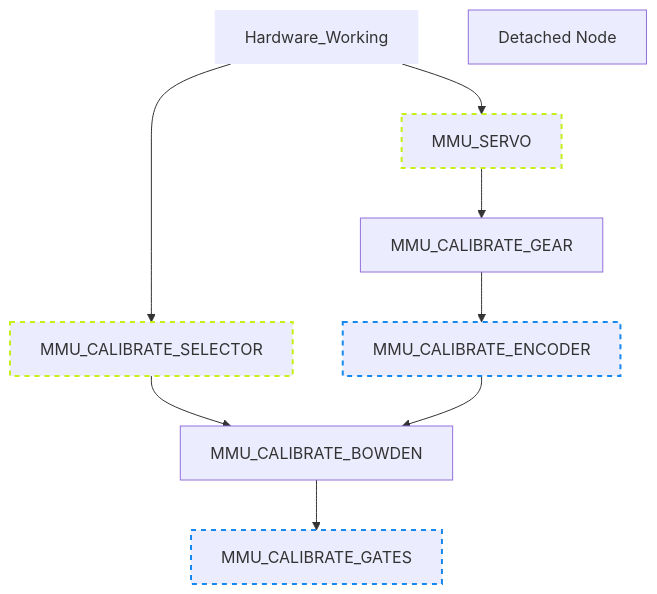
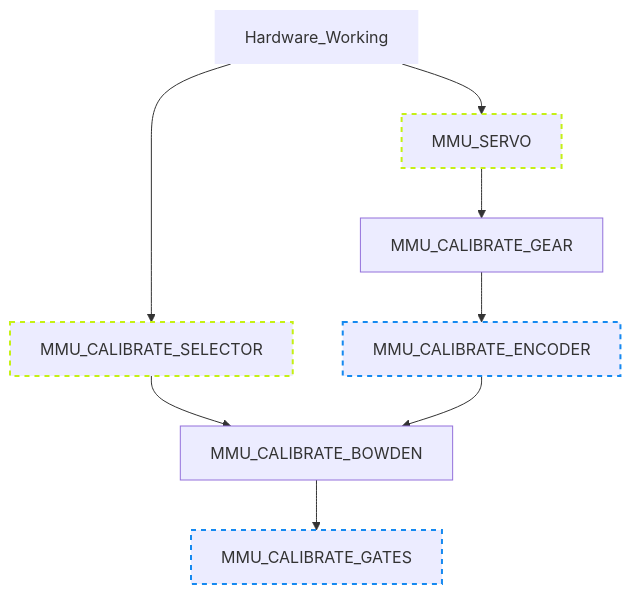
Before and after one commit to 3DCoded/Happy-Hare: the first of 2 diagrams in MMU-Calibration.md, drawn with Mermaid. The commit also changed other lines of this file, not shown here.

````diff
--- a/MMU-Calibration.md
+++ b/MMU-Calibration.md
@@ -22,18 +22,16 @@
 ```mermaid
 graph TD;
     Hardware_Working --> MMU_SERVO
     Hardware_Working --> MMU_CALIBRATE_SELECTOR
     MMU_CALIBRATE_SELECTOR --> MMU_CALIBRATE_BOWDEN
     MMU_SERVO --> MMU_CALIBRATE_GEAR
     MMU_CALIBRATE_GEAR --> MMU_CALIBRATE_ENCODER
     MMU_CALIBRATE_ENCODER --> MMU_CALIBRATE_BOWDEN
     MMU_CALIBRATE_BOWDEN --> MMU_CALIBRATE_GATES
 
-    DETACHED_NODE["Detached Node"]
-
     style Hardware_Working stroke-width:0px
     style MMU_SERVO stroke-dasharray: 5 5, stroke:#c5f015, stroke-width:2px
     style MMU_CALIBRATE_SELECTOR stroke-dasharray: 5 5, stroke:#c5f015, stroke-width:2px
     style MMU_CALIBRATE_ENCODER stroke-dasharray: 5 5, stroke:#1589f0, stroke-width:2px
     style MMU_CALIBRATE_GATES stroke-dasharray: 5 5, stroke:#1589f0, stroke-width:2px
 ```
````
